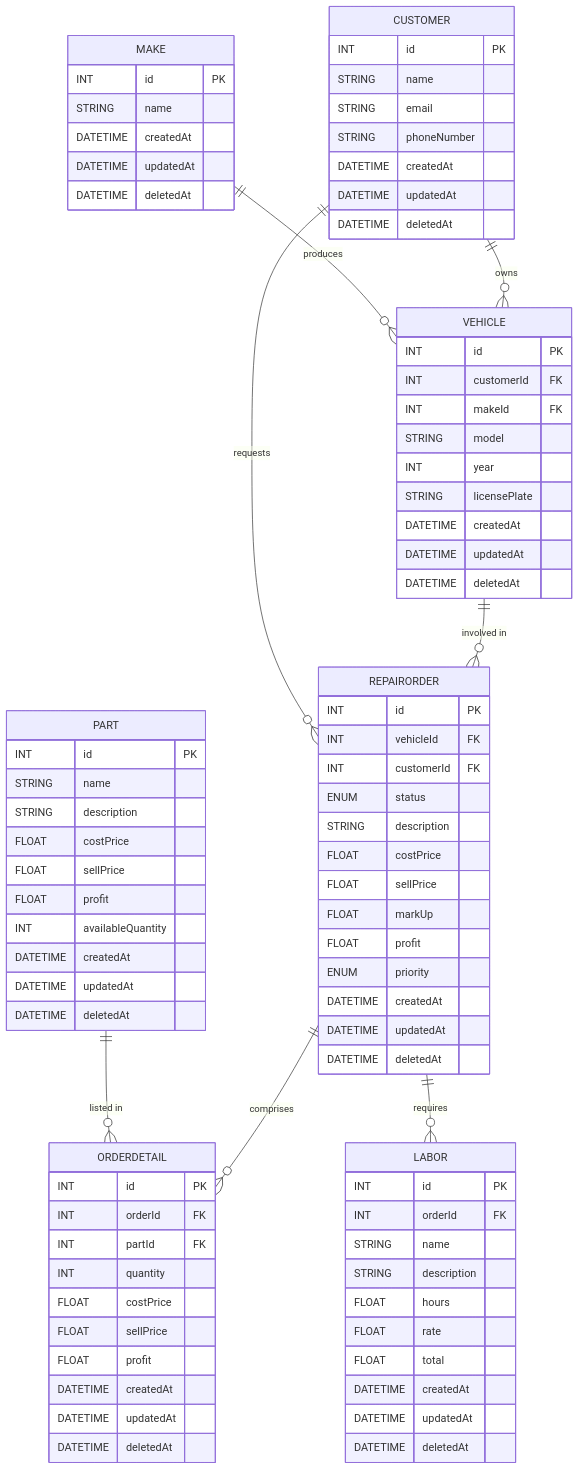
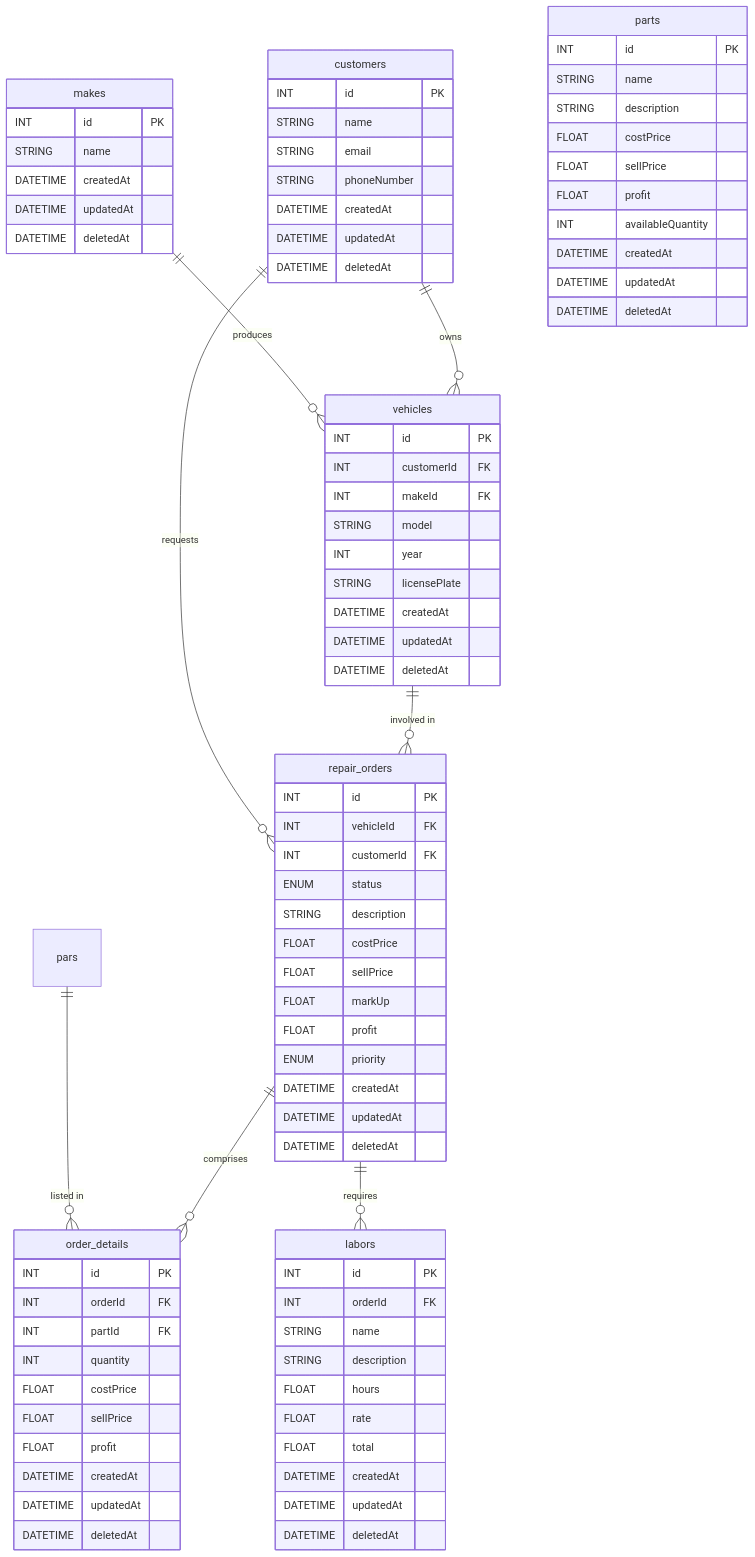
One commit to ivnxyz/senior-test changed the diagram in README.md. Above: the diagram before and after it, drawn with Mermaid. The commit also changed other lines of this file, not shown here.

````diff
--- a/README.md
+++ b/README.md
@@ -3,6 +72,6 @@
 ```mermaid
 erDiagram
-    CUSTOMER {
+    customers {
         INT      id PK
         STRING   name
         STRING   email
@@ -12,7 +81,7 @@
         DATETIME deletedAt
     }
 
-    MAKE {
+    makes {
         INT      id PK
         STRING   name
         DATETIME createdAt
@@ -20,7 +89,7 @@
         DATETIME deletedAt
     }
 
-    VEHICLE {
+    vehicles {
         INT      id PK
         INT      customerId FK
         INT      makeId FK
@@ -32,7 +101,7 @@
         DATETIME deletedAt
     }
 
-    REPAIRORDER {
+    repair_orders {
         INT      id PK
         INT      vehicleId FK
         INT      customerId FK
@@ -48,7 +117,7 @@
         DATETIME deletedAt
     }
 
-    PART {
+    parts {
         INT      id PK
         STRING   name
         STRING   description
@@ -61,7 +130,7 @@
         DATETIME deletedAt
     }
 
-    ORDERDETAIL {
+    order_details {
         INT      id PK
         INT      orderId FK
         INT      partId FK
@@ -74,7 +143,7 @@
         DATETIME deletedAt
     }
 
-    LABOR {
+    labors {
         INT      id PK
         INT      orderId FK
         STRING   name
@@ -88,11 +157,11 @@
     }
 
     %% Relationships — crow’s-foot notation
-    CUSTOMER   ||--o{ VEHICLE      : "owns"
-    MAKE       ||--o{ VEHICLE      : "produces"
-    VEHICLE    ||--o{ REPAIRORDER  : "involved in"
-    CUSTOMER   ||--o{ REPAIRORDER  : "requests"
-    REPAIRORDER||--o{ ORDERDETAIL  : "comprises"
-    PART       ||--o{ ORDERDETAIL  : "listed in"
-    REPAIRORDER||--o{ LABOR        : "requires"
+    customers   ||--o{ vehicles      : "owns"
+    makes       ||--o{ vehicles      : "produces"
+    vehicles    ||--o{ repair_orders  : "involved in"
+    customers   ||--o{ repair_orders  : "requests"
+    repair_orders||--o{ order_details  : "comprises"
+    pars       ||--o{ order_details  : "listed in"
+    repair_orders||--o{ labors        : "requires"
 ```
````
